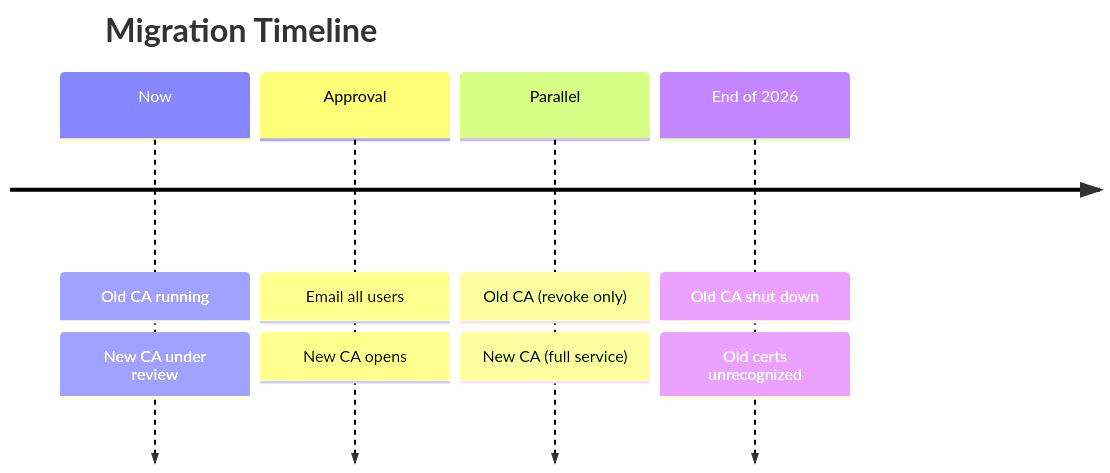
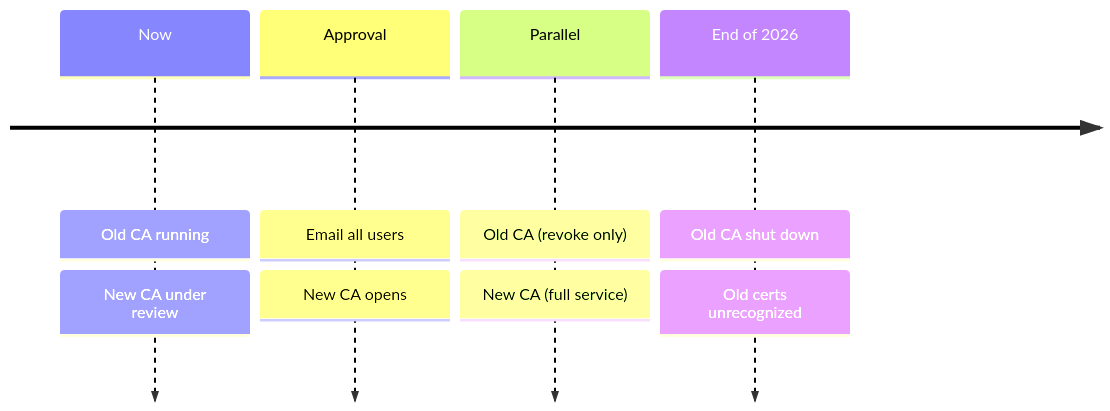
One commit to hanx-hep/8th-belle2-ihepca changed the sixth of 6 diagrams in slides.md. Above: the diagram before and after it, drawn with Mermaid. The commit also changed other lines of this file, not shown here.

````diff
--- a/slides.md
+++ b/slides.md
@@ -458,12 +459,11 @@
 ```mermaid {scale: 0.5}
 timeline
-    title Migration Timeline
     Now : Old CA running
         : New CA under review
     Approval : Email all users
             : New CA opens
     Parallel : Old CA (revoke only)
             : New CA (full service)
     End of 2026 : Old CA shut down
                : Old certs unrecognized
 ```
````
